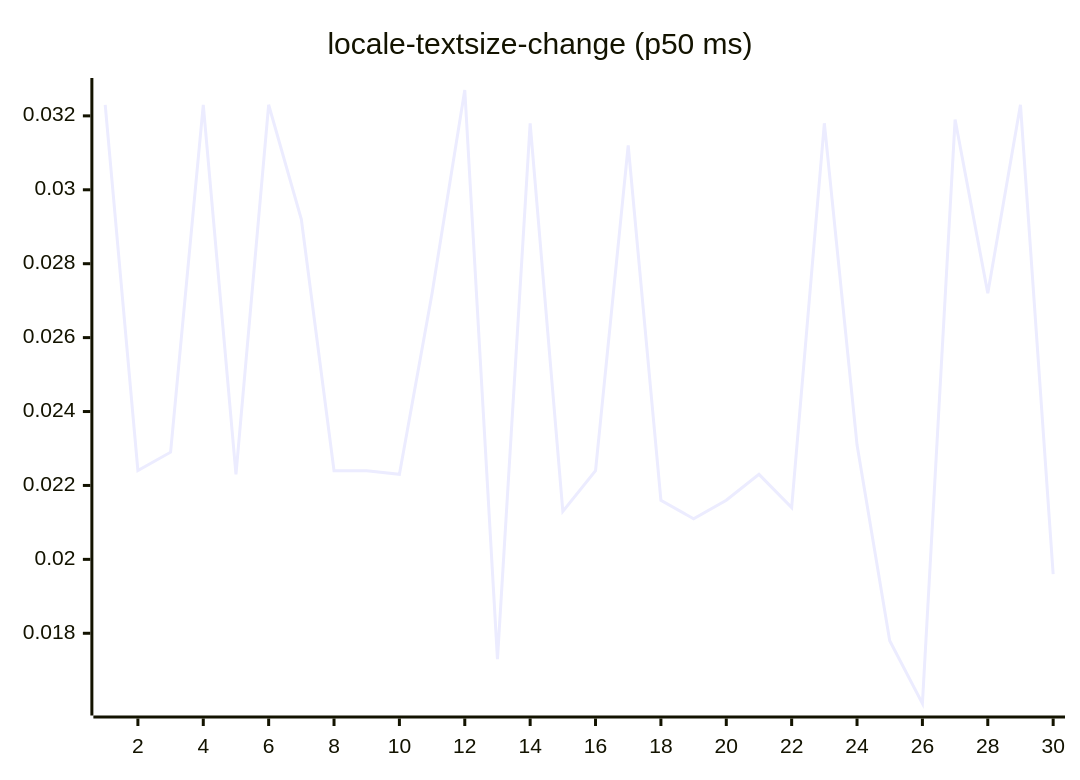
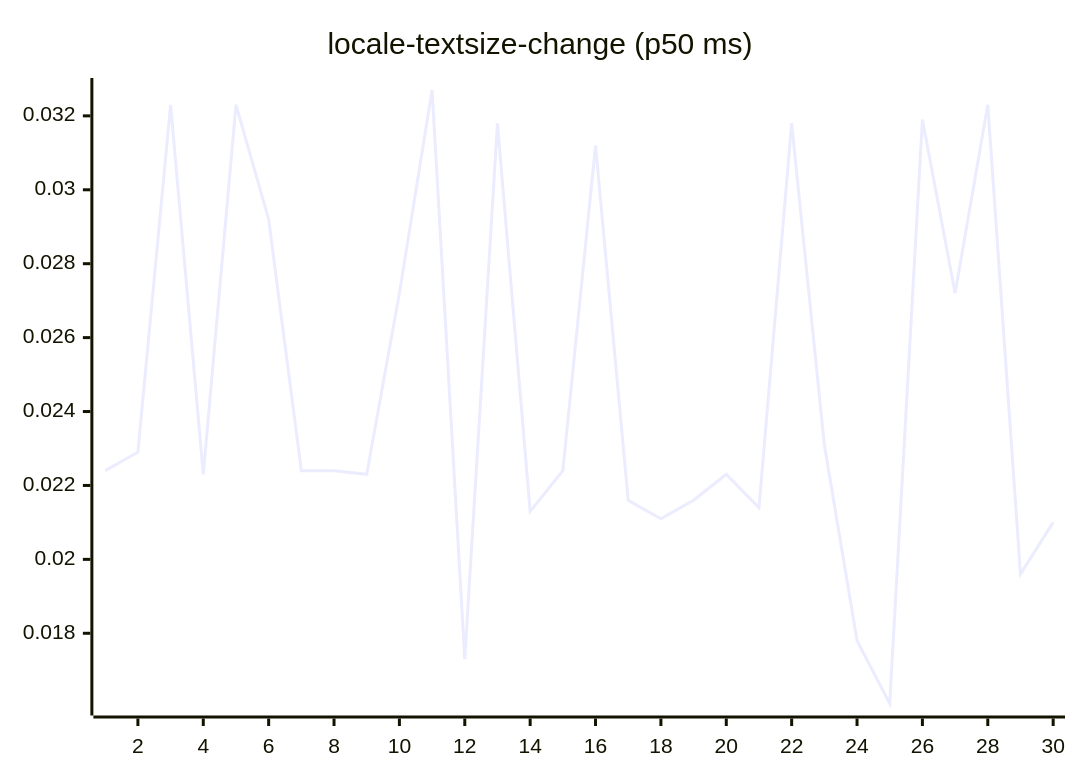
Before and after one commit to josha/Facet: diagram 13 of 27 in README.md, drawn with Mermaid. The commit also changed other lines of this file and 2 other files, not shown here.

````diff
--- a/README.md
+++ b/README.md
@@ -147,6 +147,6 @@
 ```mermaid
 xychart-beta
     title "locale-textsize-change (p50 ms)"
     x-axis 1 --> 30
-    line [0.0323, 0.0224, 0.0229, 0.0323, 0.0223, 0.0323, 0.0292, 0.0224, 0.0224, 0.0223, 0.0272, 0.0327, 0.0173, 0.0318, 0.0213, 0.0224, 0.0312, 0.0216, 0.0211, 0.0216, 0.0223, 0.0214, 0.0318, 0.0231, 0.0178, 0.0161, 0.0319, 0.0272, 0.0323, 0.0196]
+    line [0.0224, 0.0229, 0.0323, 0.0223, 0.0323, 0.0292, 0.0224, 0.0224, 0.0223, 0.0272, 0.0327, 0.0173, 0.0318, 0.0213, 0.0224, 0.0312, 0.0216, 0.0211, 0.0216, 0.0223, 0.0214, 0.0318, 0.0231, 0.0178, 0.0161, 0.0319, 0.0272, 0.0323, 0.0196, 0.0210]
 ```
````
